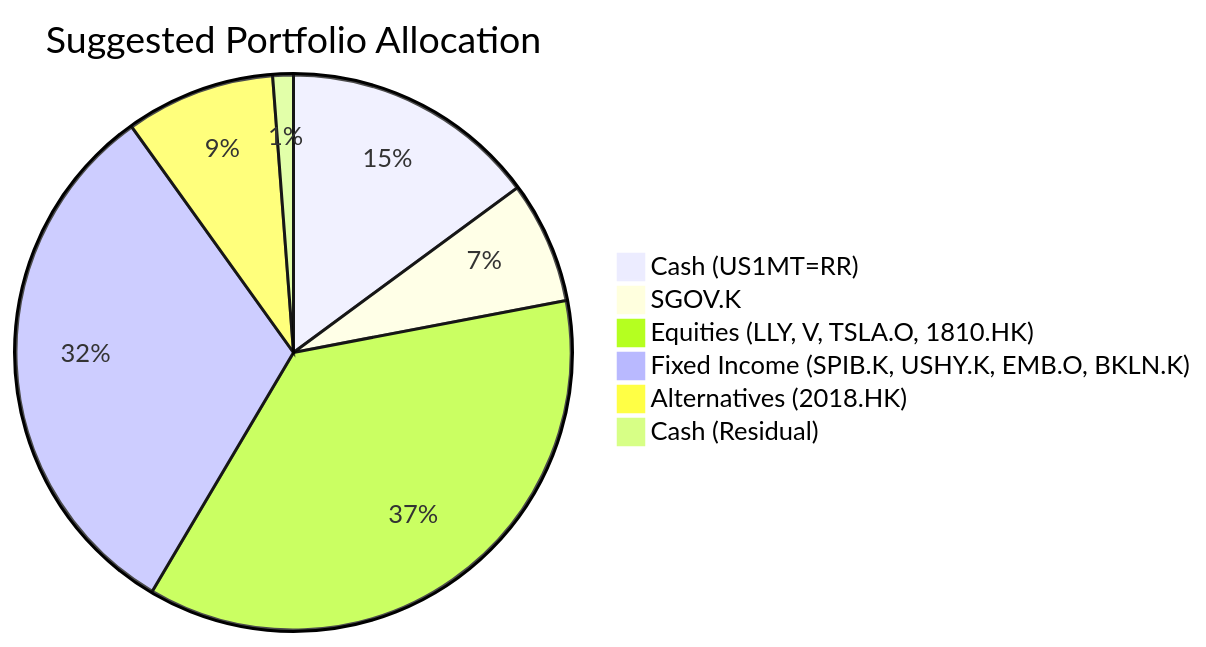
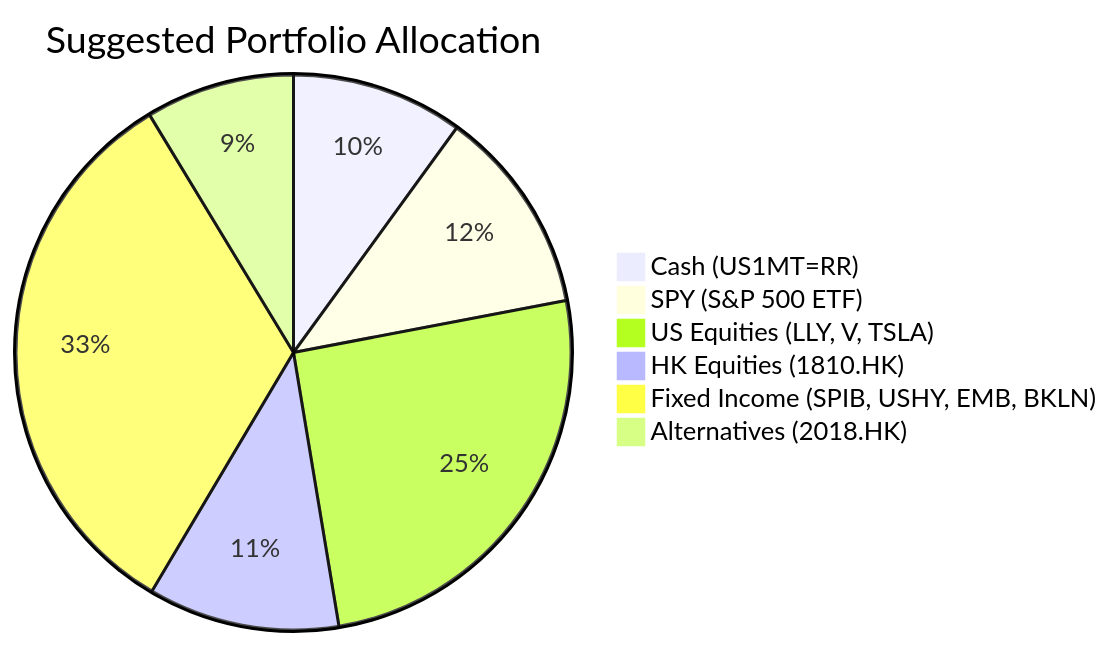
Before and after one commit to roger249/Bot-collaboration: the second of 2 diagrams in docs/sample outputs/client_product_fit_analysis_zw-5.md, drawn with Mermaid. The commit also changed other lines of this file and 16 other files, not shown here.

````diff
--- a/docs/sample outputs/client_product_fit_analysis_zw-5.md
+++ b/docs/sample outputs/client_product_fit_analysis_zw-5.md
@@ -47,9 +67,9 @@
 ```mermaid
 pie title Suggested Portfolio Allocation
-    "Cash (US1MT=RR)" : 14.9
-    "SGOV.K" : 7.1
-    "Equities (LLY, V, TSLA.O, 1810.HK)" : 36.5
-    "Fixed Income (SPIB.K, USHY.K, EMB.O, BKLN.K)" : 31.6
-    "Alternatives (2018.HK)" : 8.7
-    "Cash (Residual)" : 1.2
+    "Cash (US1MT=RR)" : 420000
+    "SPY (S&P 500 ETF)" : 504000
+    "US Equities (LLY, V, TSLA)" : 1066000
+    "HK Equities (1810.HK)" : 468000
+    "Fixed Income (SPIB, USHY, EMB, BKLN)" : 1378000
+    "Alternatives (2018.HK)" : 364000
 ```
````
